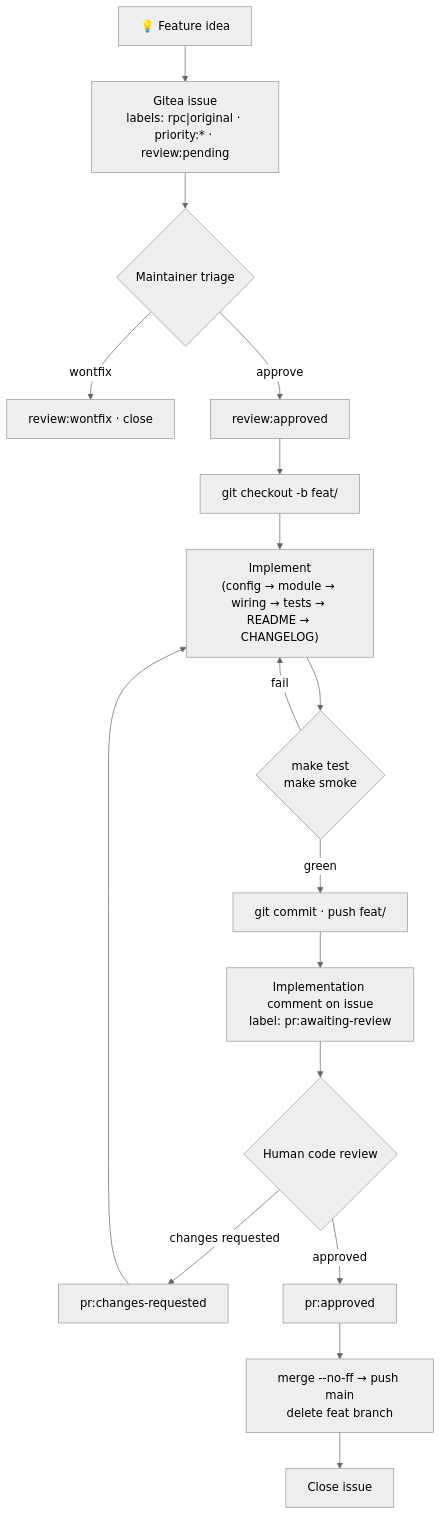
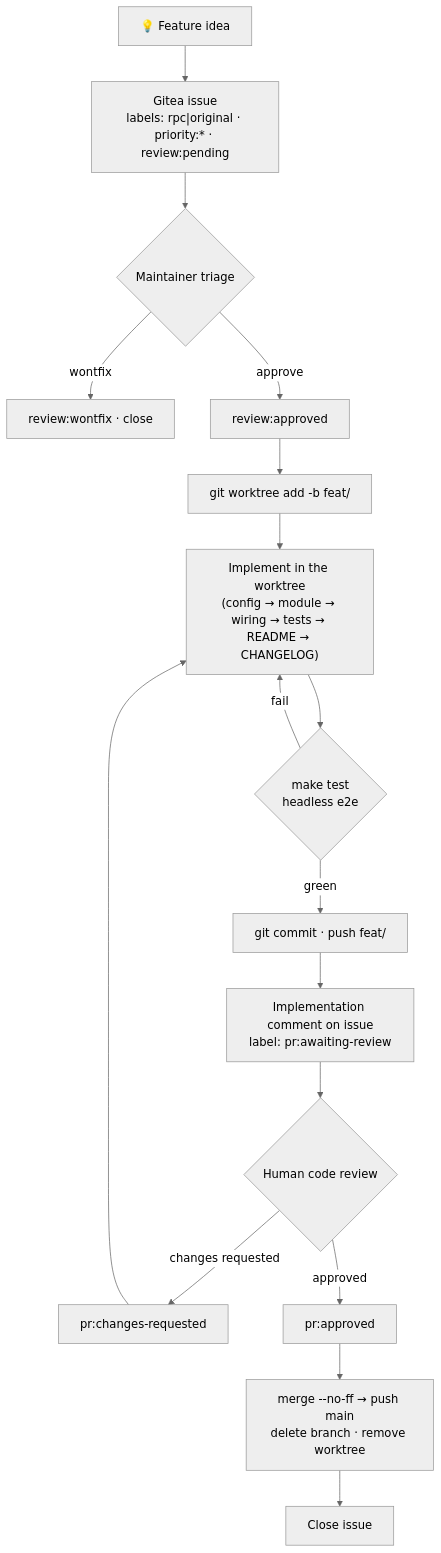
One commit to saya-ashen/agent-workbench.nvim changed the diagram in .agents/skills/develop/SKILL.md. Above: the diagram before and after it, drawn with Mermaid (neutral theme). The commit also changed other lines of this file and 2 other files, not shown here.

First line of the commit message:
docs(skill): develop in a git worktree, clean up after review

````diff
--- a/.agents/skills/develop/SKILL.md
+++ b/.agents/skills/develop/SKILL.md
@@ -12,18 +12,18 @@
 ```mermaid
 flowchart TD
     A["💡 Feature idea"] --> B["Gitea issue\nlabels: rpc|original · priority:* · review:pending"]
     B --> C{"Maintainer triage"}
     C -- wontfix --> D["review:wontfix · close"]
     C -- approve --> E["review:approved"]
-    E --> F["git checkout -b feat/<name>"]
-    F --> G["Implement\n(config → module → wiring → tests → README → CHANGELOG)"]
-    G --> H{"make test\nmake smoke"}
+    E --> F["git worktree add <wt> -b feat/<name>"]
+    F --> G["Implement in the worktree\n(config → module → wiring → tests → README → CHANGELOG)"]
+    G --> H{"make test\nheadless e2e"}
     H -- fail --> G
     H -- green --> I["git commit · push feat/<name>"]
     I --> J["Implementation comment on issue\nlabel: pr:awaiting-review"]
     J --> K{"Human code review"}
     K -- changes requested --> L["pr:changes-requested"] --> G
     K -- approved --> M["pr:approved"]
-    M --> N["merge --no-ff → push main\ndelete feat branch"]
+    M --> N["merge --no-ff → push main\ndelete branch · remove worktree"]
     N --> O["Close issue"]
 ```
````
